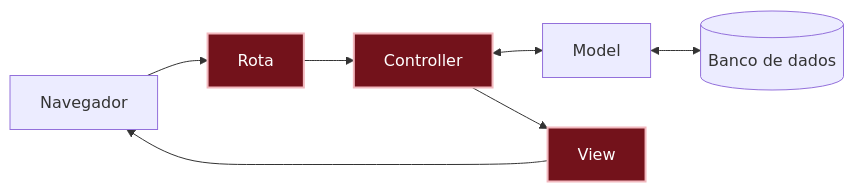
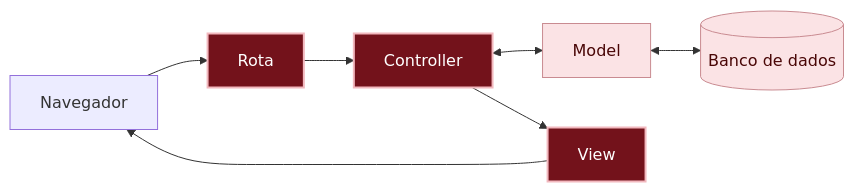
The diagram in projetos/mural-de-recados/03-ver-todos-os-recados/o-que-aconteceu.md (RailsGirls-SP/guia-railsgirls-sp), drawn with Mermaid before and after one commit. The commit also changed other lines of this file and 17 other files, not shown here.

````diff
--- a/projetos/mural-de-recados/03-ver-todos-os-recados/o-que-aconteceu.md
+++ b/projetos/mural-de-recados/03-ver-todos-os-recados/o-que-aconteceu.md
@@ -21,10 +21,12 @@
 ```mermaid
 flowchart LR
   Navegador --> Rota --> Controller
   Controller <--> Model
   Model <--> Banco[(Banco de dados)]
   Controller --> View --> Navegador
 
   classDef aqui fill:#73121b,stroke:#f2b8be,stroke-width:2px,color:#fff
+  classDef visto fill:#fbe3e5,stroke:#c98b91,color:#490606
   class Rota,Controller,View aqui
+  class Model,Banco visto
 ```
````
